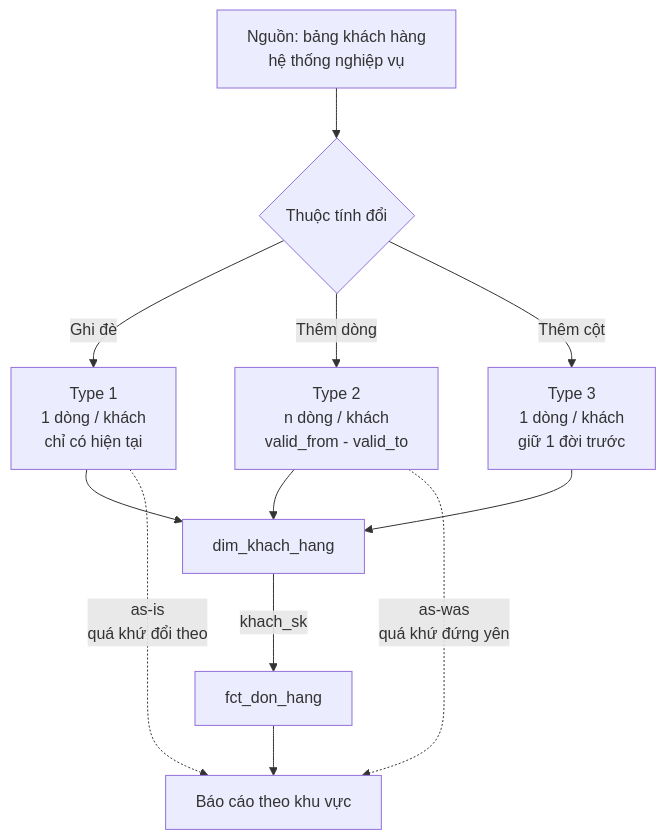
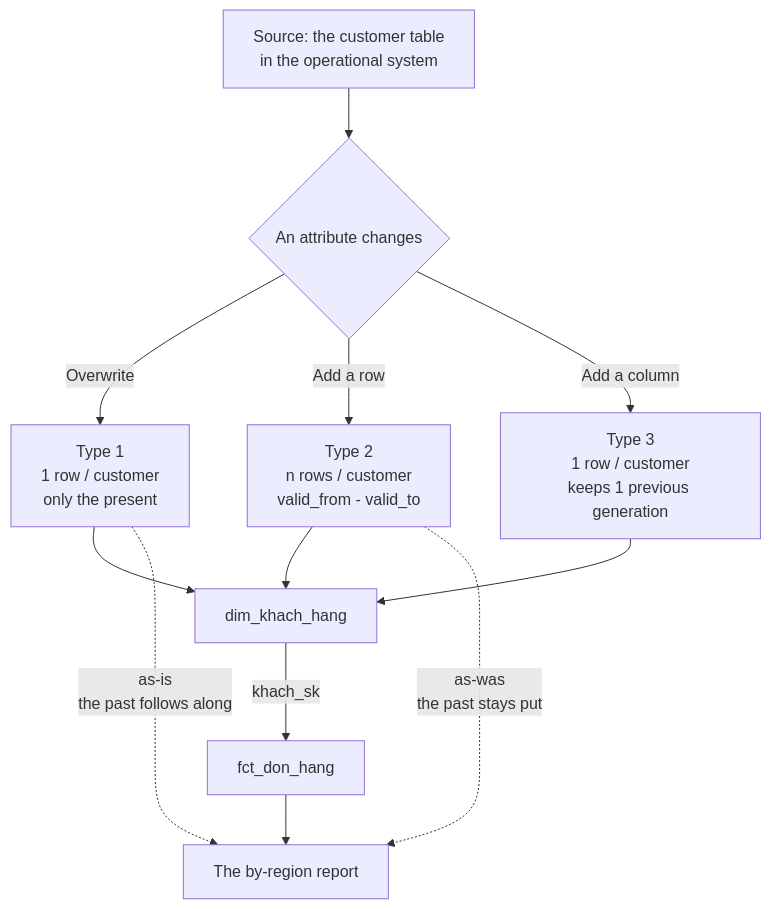
The first of 2 diagrams in i18n/en/docusaurus-plugin-content-docs/current/data-modeling/skills/scd.md (vuhoang001/knowledge), drawn with Mermaid before and after one commit. The commit also changed other lines of this file and 4 other files, not shown here.

````diff
--- a/i18n/en/docusaurus-plugin-content-docs/current/data-modeling/skills/scd.md
+++ b/i18n/en/docusaurus-plugin-content-docs/current/data-modeling/skills/scd.md
@@ -61,18 +60,18 @@
 ```mermaid
 graph TD
-  SRC[Nguồn: bảng khách hàng<br/>hệ thống nghiệp vụ] --> Q{Thuộc tính đổi}
+  SRC[Source: the customer table<br/>in the operational system] --> Q{An attribute changes}
 
-  Q -->|Ghi đè| T1[Type 1<br/>1 dòng / khách<br/>chỉ có hiện tại]
-  Q -->|Thêm dòng| T2[Type 2<br/>n dòng / khách<br/>valid_from - valid_to]
-  Q -->|Thêm cột| T3[Type 3<br/>1 dòng / khách<br/>giữ 1 đời trước]
+  Q -->|Overwrite| T1[Type 1<br/>1 row / customer<br/>only the present]
+  Q -->|Add a row| T2[Type 2<br/>n rows / customer<br/>valid_from - valid_to]
+  Q -->|Add a column| T3[Type 3<br/>1 row / customer<br/>keeps 1 previous generation]
 
   T1 --> DIM[dim_khach_hang]
   T2 --> DIM
   T3 --> DIM
 
   DIM -->|khach_sk| FCT[fct_don_hang]
-  FCT --> RPT[Báo cáo theo khu vực]
+  FCT --> RPT[The by-region report]
 
-  T1 -.->|as-is<br/>quá khứ đổi theo| RPT
-  T2 -.->|as-was<br/>quá khứ đứng yên| RPT
+  T1 -.->|as-is<br/>the past follows along| RPT
+  T2 -.->|as-was<br/>the past stays put| RPT
 ```
````
